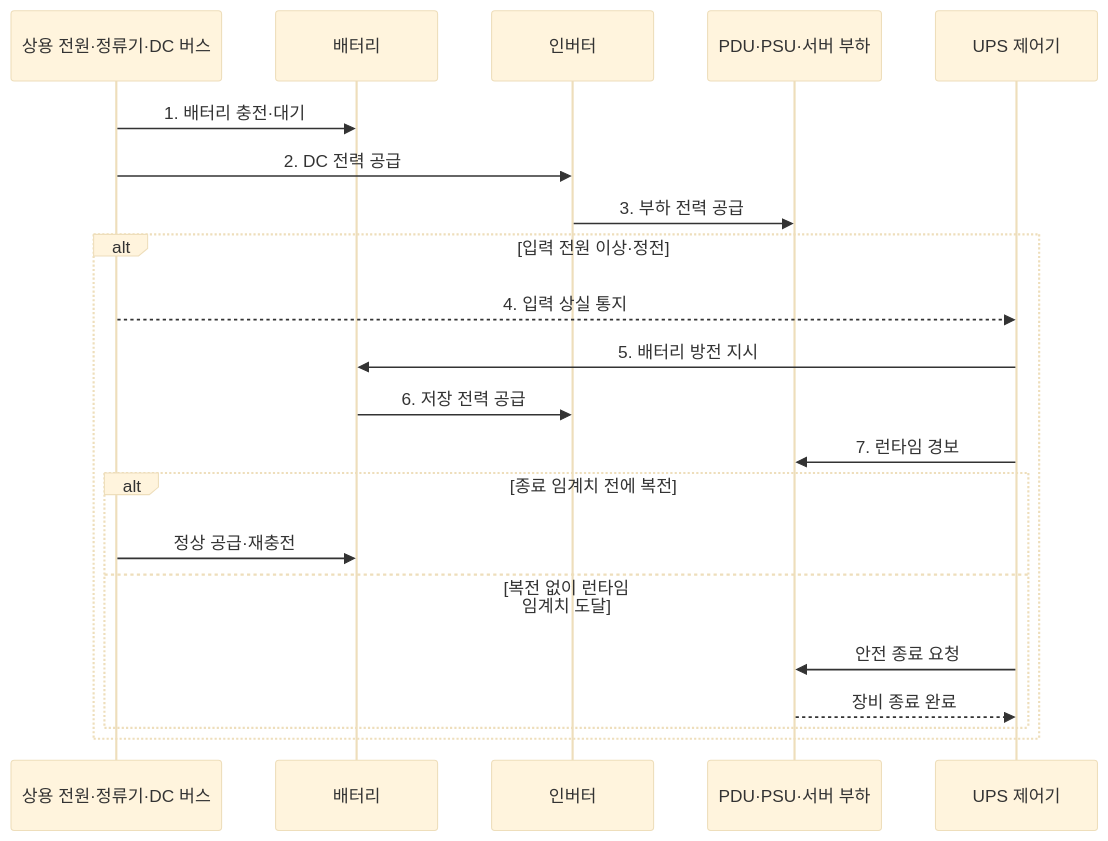
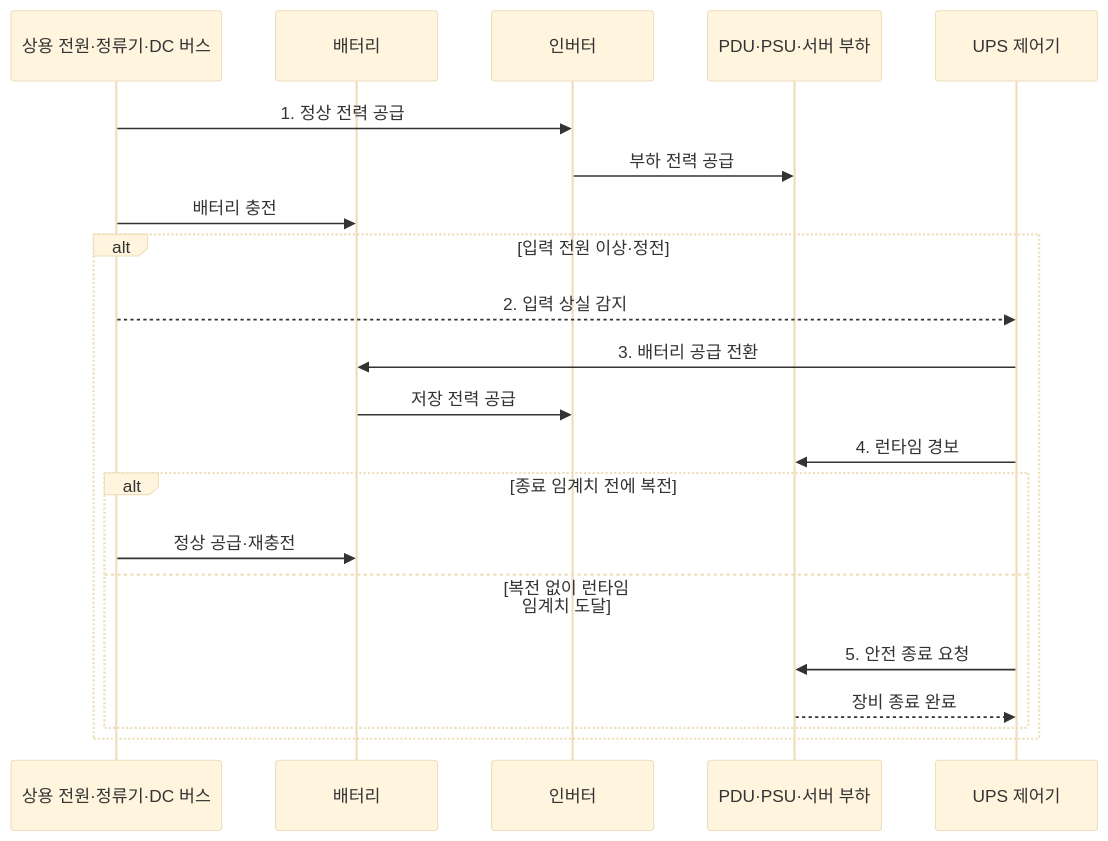
One commit to agnusdei1207/knowledge-base changed the second of 2 diagrams in src/content/docs/notes/02-hardware/055_power_supply_ups.md. Above: the diagram before and after it, drawn with Mermaid (base theme). The commit also changed other lines of this file and 86 other files, not shown here.

````diff
--- a/src/content/docs/notes/02-hardware/055_power_supply_ups.md
+++ b/src/content/docs/notes/02-hardware/055_power_supply_ups.md
@@ -90,24 +94,24 @@
 ```mermaid
 sequenceDiagram
     participant U as 상용 전원·정류기·DC 버스
     participant B as 배터리
     participant I as 인버터
     participant L as PDU·PSU·서버 부하
     participant C as UPS 제어기
 
-    U->>B: 1. 배터리 충전·대기
-    U->>I: 2. DC 전력 공급
-    I->>L: 3. 부하 전력 공급
+    U->>I: 1. 정상 전력 공급
+    I->>L: 부하 전력 공급
+    U->>B: 배터리 충전
     alt 입력 전원 이상·정전
-        U-->>C: 4. 입력 상실 통지
-        C->>B: 5. 배터리 방전 지시
-        B->>I: 6. 저장 전력 공급
-        C->>L: 7. 런타임 경보
+        U-->>C: 2. 입력 상실 감지
+        C->>B: 3. 배터리 공급 전환
+        B->>I: 저장 전력 공급
+        C->>L: 4. 런타임 경보
         alt 종료 임계치 전에 복전
             U->>B: 정상 공급·재충전
         else 복전 없이 런타임 임계치 도달
-            C->>L: 안전 종료 요청
+            C->>L: 5. 안전 종료 요청
             L-->>C: 장비 종료 완료
         end
     end
 ```
````
